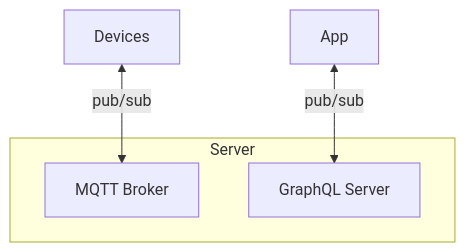
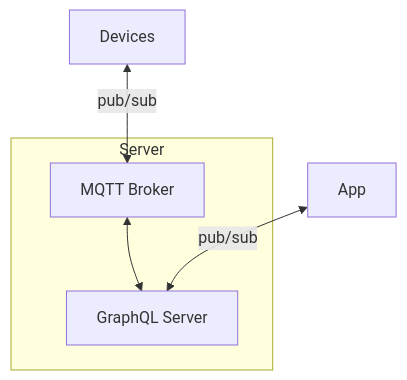
Before and after one commit to anoochit/graphql_mqtt_server: the diagram in server/README.md, drawn with Mermaid.

````diff
--- a/server/README.md
+++ b/server/README.md
@@ -31,11 +31,13 @@
 ```mermaid
 flowchart TD
 
     subgraph Server
         A[MQTT Broker]
         B[GraphQL Server] 
     end
 
+    A <--> B
+
     D[Devices] <--pub/sub--> A
     E[App] <--pub/sub--> B
 ```
````
